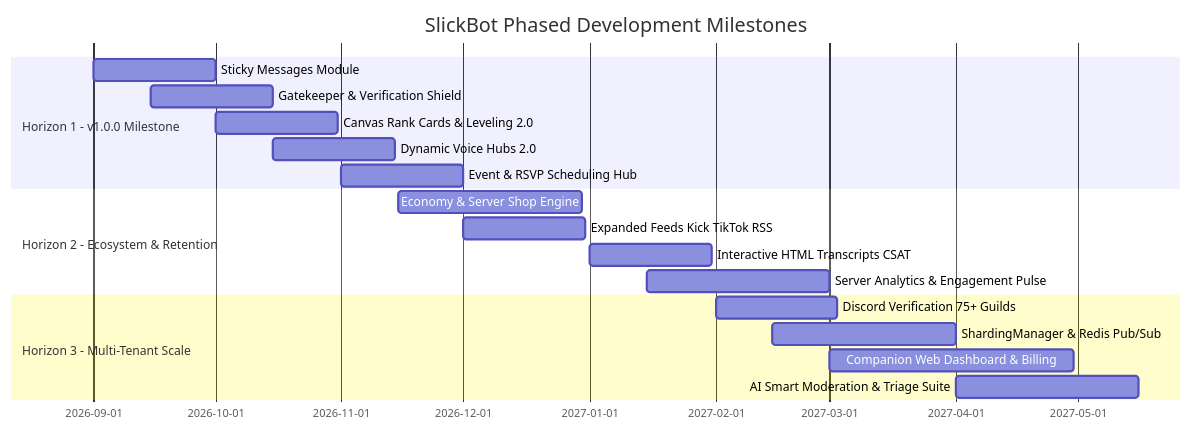
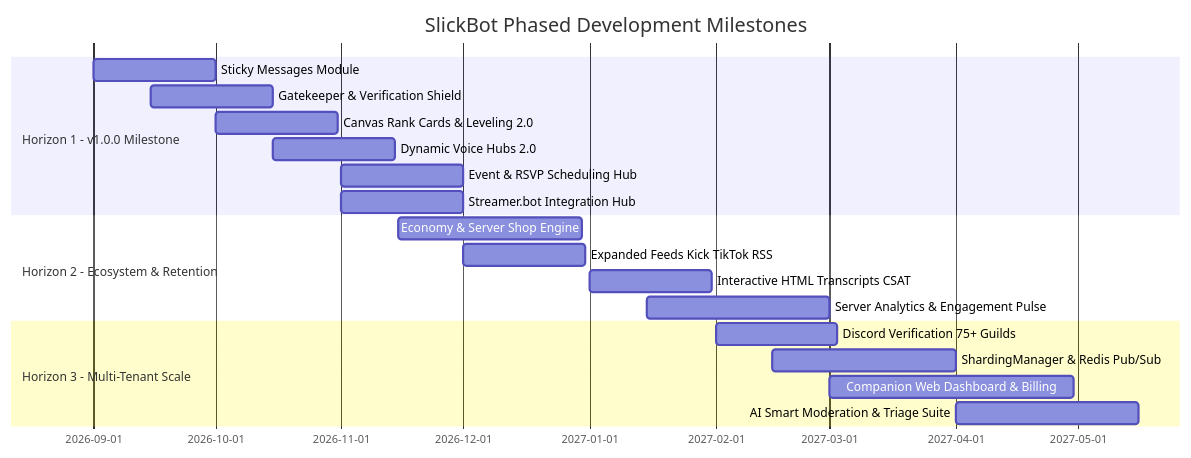
Before and after one commit to SlickPickleNick/SlickBot: the third of 6 diagrams in docs/DEVELOPMENT_ROADMAP.md, drawn with Mermaid. The commit also changed other lines of this file and 1 other file, not shown here.

Commit message:
Added in plans for Streamer.bot integration

````diff
--- a/docs/DEVELOPMENT_ROADMAP.md
+++ b/docs/DEVELOPMENT_ROADMAP.md
@@ -83,21 +84,22 @@
 ```mermaid
 gantt
     title SlickBot Phased Development Milestones
     dateFormat YYYY-MM-DD
     section Horizon 1 - v1.0.0 Milestone
     Sticky Messages Module              :h1_1, 2026-09-01, 30d
     Gatekeeper & Verification Shield    :h1_2, 2026-09-15, 30d
     Canvas Rank Cards & Leveling 2.0    :h1_3, 2026-10-01, 30d
     Dynamic Voice Hubs 2.0              :h1_4, 2026-10-15, 30d
     Event & RSVP Scheduling Hub         :h1_5, 2026-11-01, 30d
+    Streamer.bot Integration Hub        :h1_6, 2026-11-01, 30d
     section Horizon 2 - Ecosystem & Retention
     Economy & Server Shop Engine        :h2_1, 2026-11-15, 45d
     Expanded Feeds Kick TikTok RSS      :h2_2, 2026-12-01, 30d
     Interactive HTML Transcripts CSAT   :h2_3, 2027-01-01, 30d
     Server Analytics & Engagement Pulse :h2_4, 2027-01-15, 45d
     section Horizon 3 - Multi-Tenant Scale
     Discord Verification 75+ Guilds     :h3_1, 2027-02-01, 30d
     ShardingManager & Redis Pub/Sub     :h3_2, 2027-02-15, 45d
     Companion Web Dashboard & Billing   :h3_3, 2027-03-01, 60d
     AI Smart Moderation & Triage Suite  :h3_4, 2027-04-01, 45d
 ```
````
